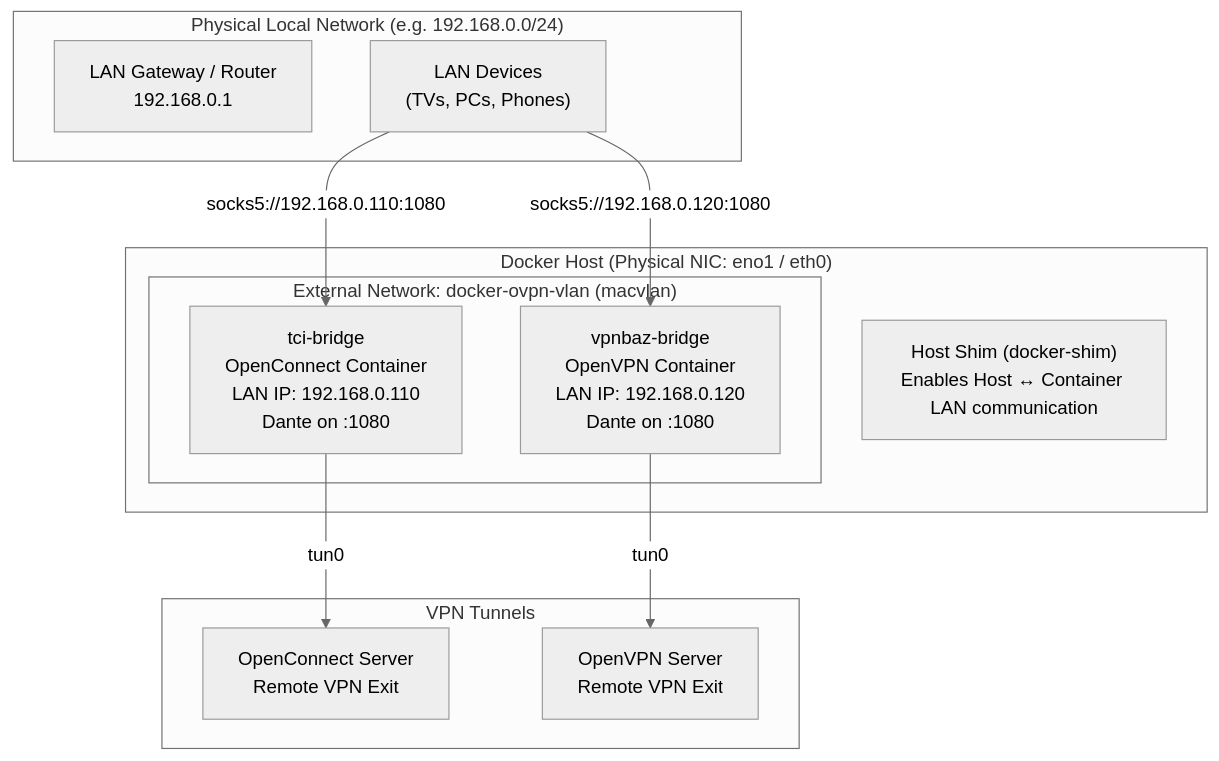
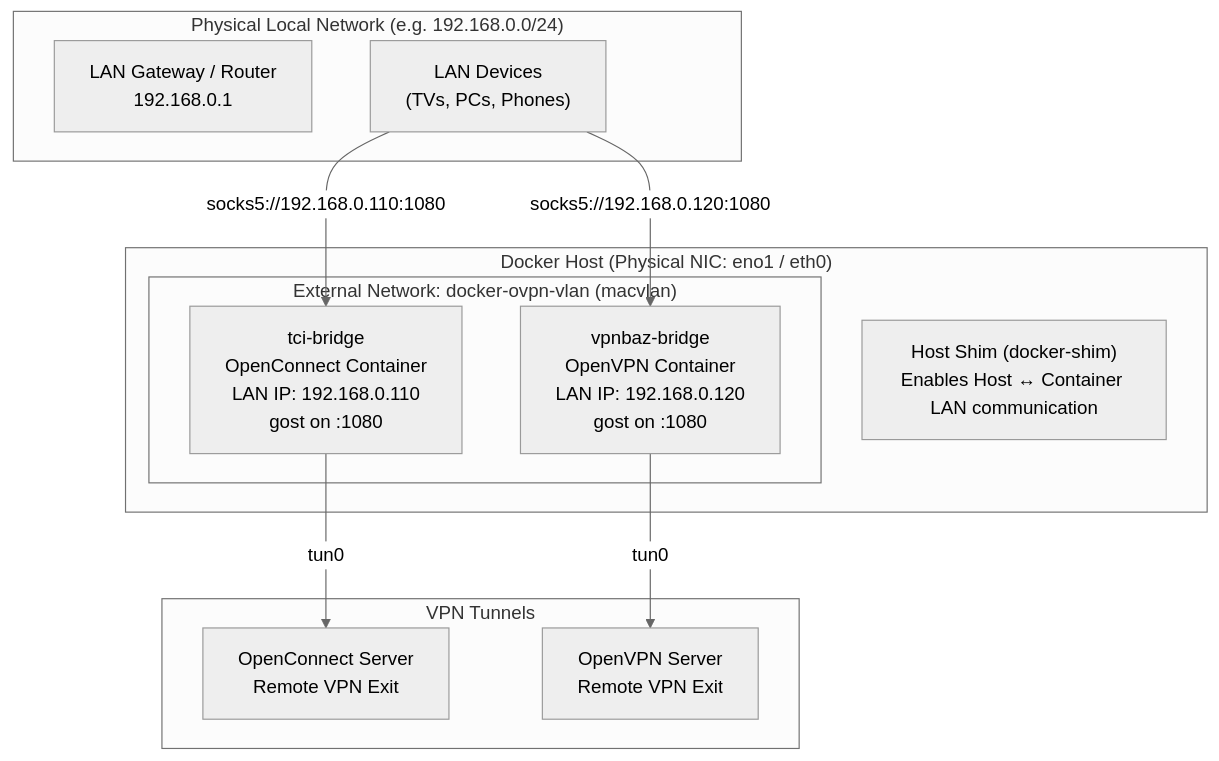
The diagram in BRIDGE.md (hesam-init/docker-ovpn-socks), drawn with Mermaid (neutral theme) before and after one commit. The commit also changed other lines of this file and 9 other files, not shown here.

First line of the commit message:
feat!: migrate to Alpine and replace Dante with gost

````diff
--- a/BRIDGE.md
+++ b/BRIDGE.md
@@ -18,24 +18,24 @@
 ```mermaid
 flowchart TD
     subgraph LAN["Physical Local Network (e.g. 192.168.0.0/24)"]
         Router["LAN Gateway / Router<br>192.168.0.1"]
         Devices["LAN Devices<br>(TVs, PCs, Phones)"]
     end
 
     subgraph DockerHost["Docker Host (Physical NIC: eno1 / eth0)"]
         subgraph MacvlanNet["External Network: docker-ovpn-vlan (macvlan)"]
-            TCI["tci-bridge<br>OpenConnect Container<br>LAN IP: 192.168.0.110<br>Dante on :1080"]
-            VPNBAZ["vpnbaz-bridge<br>OpenVPN Container<br>LAN IP: 192.168.0.120<br>Dante on :1080"]
+            TCI["tci-bridge<br>OpenConnect Container<br>LAN IP: 192.168.0.110<br>gost on :1080"]
+            VPNBAZ["vpnbaz-bridge<br>OpenVPN Container<br>LAN IP: 192.168.0.120<br>gost on :1080"]
         end
 
         Shim["Host Shim (docker-shim)<br>Enables Host ↔ Container LAN communication"]
     end
 
     subgraph Tunnels["VPN Tunnels"]
         TCI -->|tun0| VPNGW1["OpenConnect Server<br>Remote VPN Exit"]
         VPNBAZ -->|tun0| VPNGW2["OpenVPN Server<br>Remote VPN Exit"]
     end
 
     Devices -->|"socks5://192.168.0.110:1080"| TCI
     Devices -->|"socks5://192.168.0.120:1080"| VPNBAZ
 ```
````
